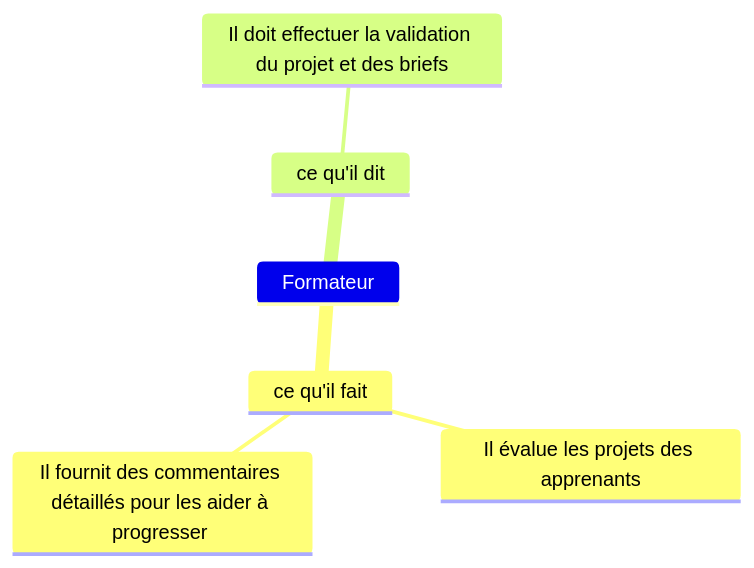
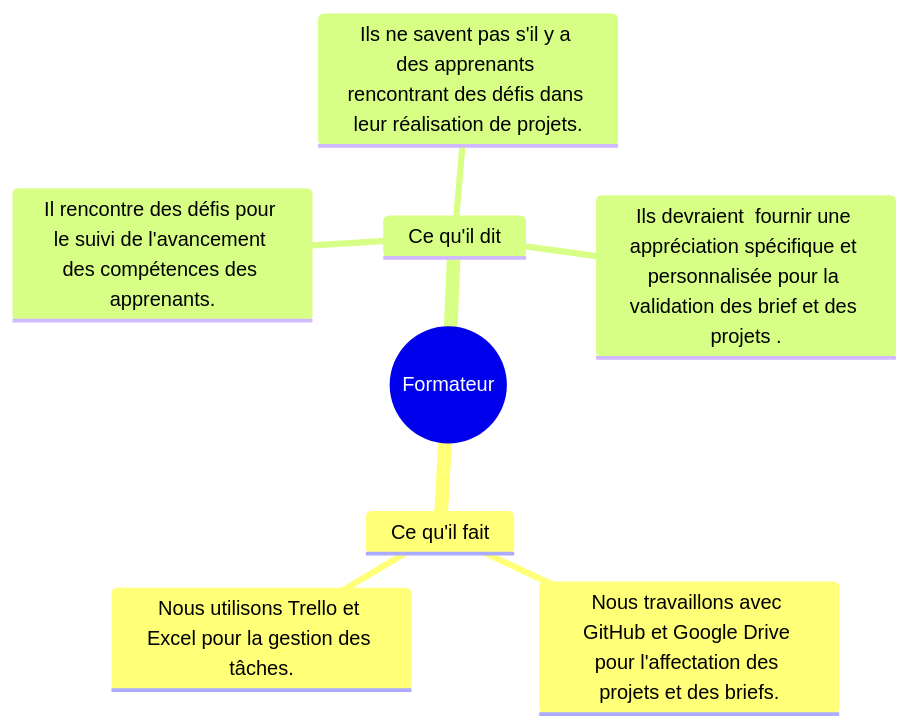
One commit to solicoders/soli-lms changed the diagram in docs/Besoin/pkg_validations/Carte-empathie.mmd. Above: the diagram before and after it, drawn with Mermaid.

```diff
--- a/docs/Besoin/pkg_validations/Carte-empathie.mmd
+++ b/docs/Besoin/pkg_validations/Carte-empathie.mmd
@@ -1,14 +1,12 @@
 %% @config(../../../modélisation/mindmap-config.json)
 mindmap
-Formateur
+  root((Formateur))
 
-       ce qu'il fait
-        Il évalue les projets des apprenants
+    Ce qu'il fait
+      Nous travaillons avec GitHub et Google Drive pour l'affectation des projets et des briefs.
+      Nous utilisons Trello et Excel pour la gestion des tâches.
 
-        Il fournit des commentaires détaillés pour les aider à progresser 
-
-
-
-      ce qu'il dit
-
-       Il doit effectuer la validation du projet et des briefs
+    Ce qu'il dit
+      Il rencontre des défis pour le suivi de l'avancement des compétences des apprenants.
+      Ils ne savent pas s'il y a des apprenants rencontrant des défis dans leur réalisation de projets.
+      Ils devraient  fournir une appréciation spécifique et personnalisée pour la validation des brief et des projets .
```
